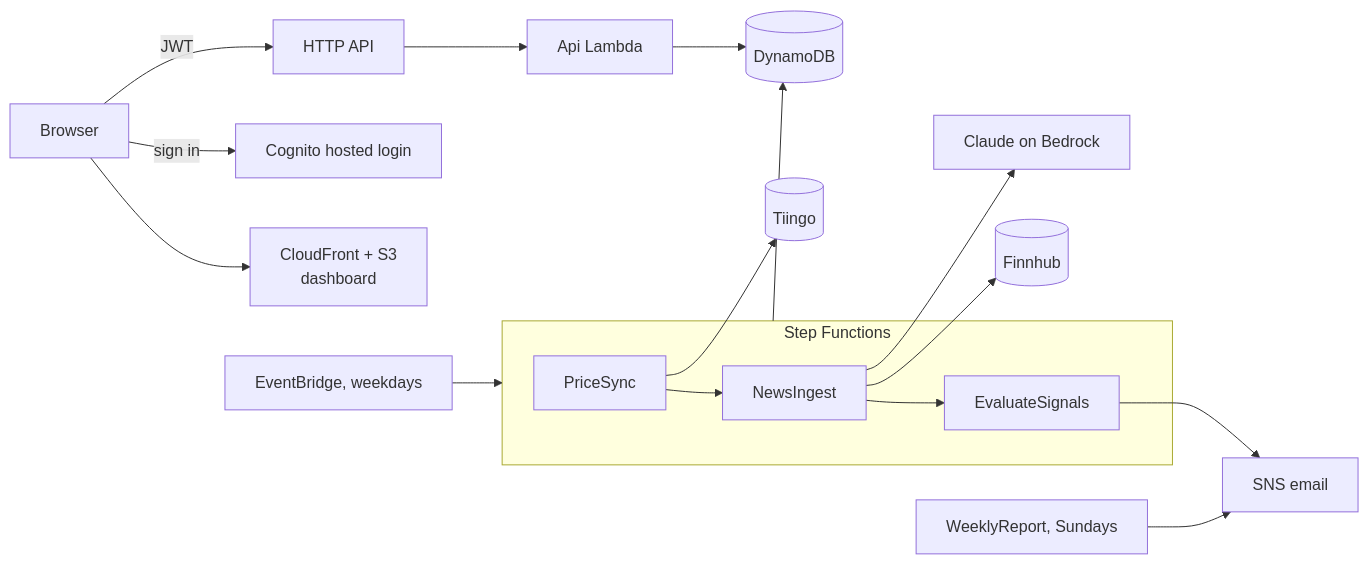
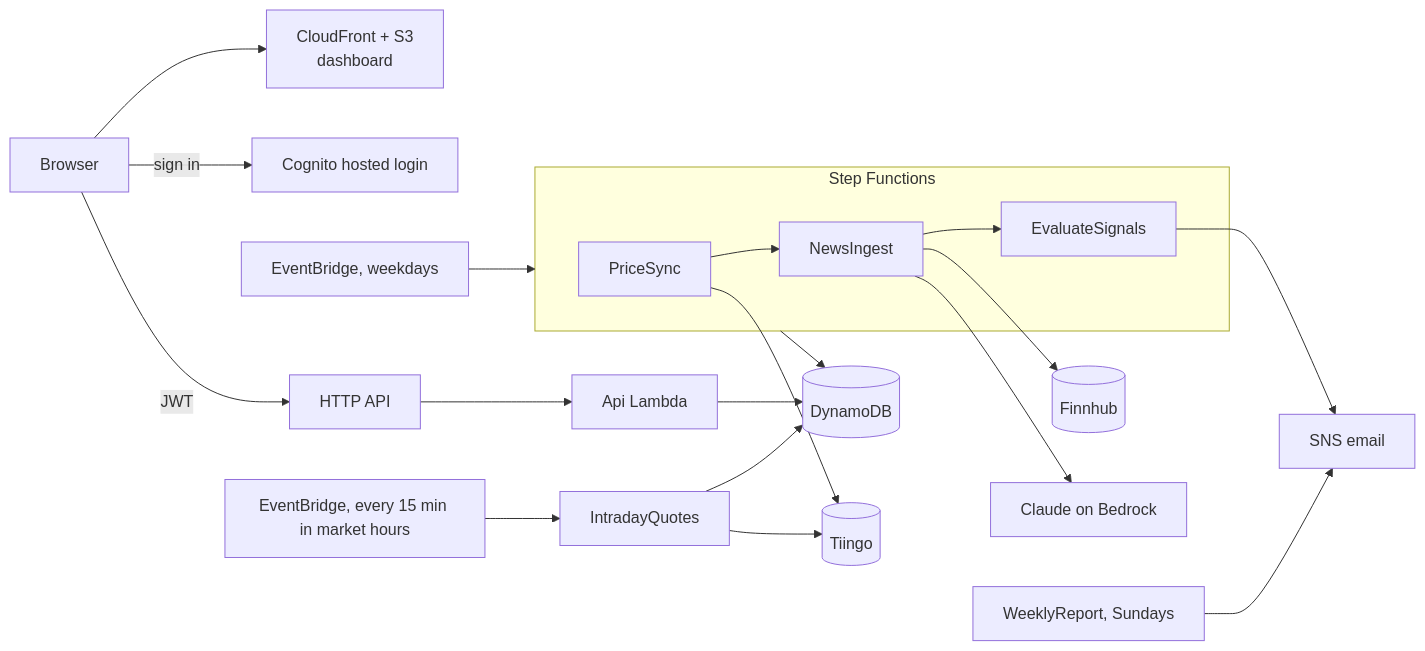
One commit to vinblue1977/Stocks changed the diagram in README.md. Above: the diagram before and after it, drawn with Mermaid. The commit also changed other lines of this file and 14 other files, not shown here.

First line of the commit message:
Intraday prices every 15 minutes during market hours (#9)

````diff
--- a/README.md
+++ b/README.md
@@ -9,14 +9,16 @@
 ```mermaid
 flowchart LR
     U[Browser] --> CF[CloudFront + S3<br/>dashboard] 
     U -->|sign in| COG[Cognito hosted login]
     U -->|JWT| API[HTTP API] --> FN[Api Lambda] --> DB[(DynamoDB)]
     EB[EventBridge, weekdays] --> SF
     subgraph SF[Step Functions]
         P[PriceSync] --> N[NewsIngest] --> E[EvaluateSignals]
     end
     P --> T[(Tiingo)]
+    EB2[EventBridge, every 15 min in market hours] --> Q[IntradayQuotes] --> T
+    Q --> DB
     N --> F[(Finnhub)] & B[Claude on Bedrock]
     SF --> DB
     E & W[WeeklyReport, Sundays] --> S[SNS email]
 ```
````
